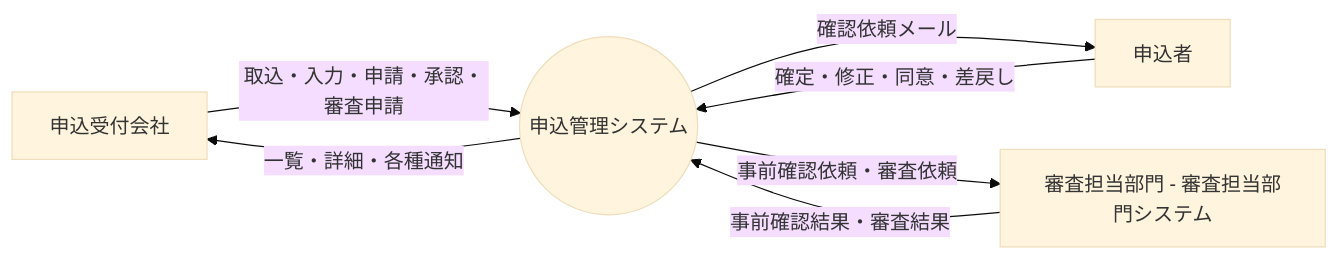
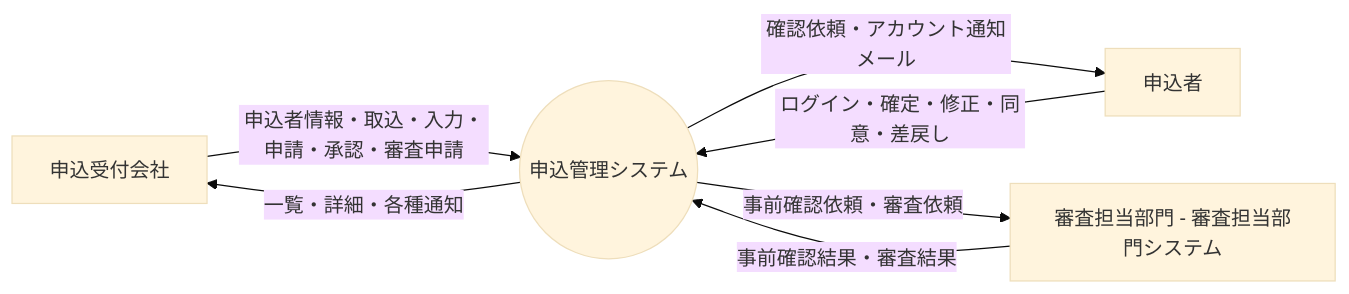
Before and after one commit to yasudaProduct/JavaServletSample2: the first of 2 diagrams in docs/basic-design/05-data-flow.md, drawn with Mermaid (base theme). The commit also changed other lines of this file and 35 other files, not shown here.

````diff
--- a/docs/basic-design/05-data-flow.md
+++ b/docs/basic-design/05-data-flow.md
@@ -11,13 +11,13 @@
 ```mermaid
 flowchart LR
     EMP[申込受付会社]
     APP[申込者]
     EXT[審査担当部門 - 審査担当部門システム]
     SYS((申込管理システム))
-    EMP -- 取込・入力・申請・承認・審査申請 --> SYS
+    EMP -- 申込者情報・取込・入力・申請・承認・審査申請 --> SYS
     SYS -- 一覧・詳細・各種通知 --> EMP
-    SYS -- 確認依頼メール --> APP
-    APP -- 確定・修正・同意・差戻し --> SYS
+    SYS -- 確認依頼・アカウント通知メール --> APP
+    APP -- ログイン・確定・修正・同意・差戻し --> SYS
     SYS -- 事前確認依頼・審査依頼 --> EXT
     EXT -- 事前確認結果・審査結果 --> SYS
 ```
````
